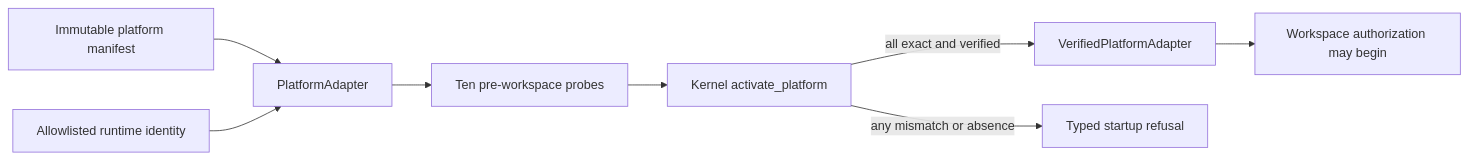
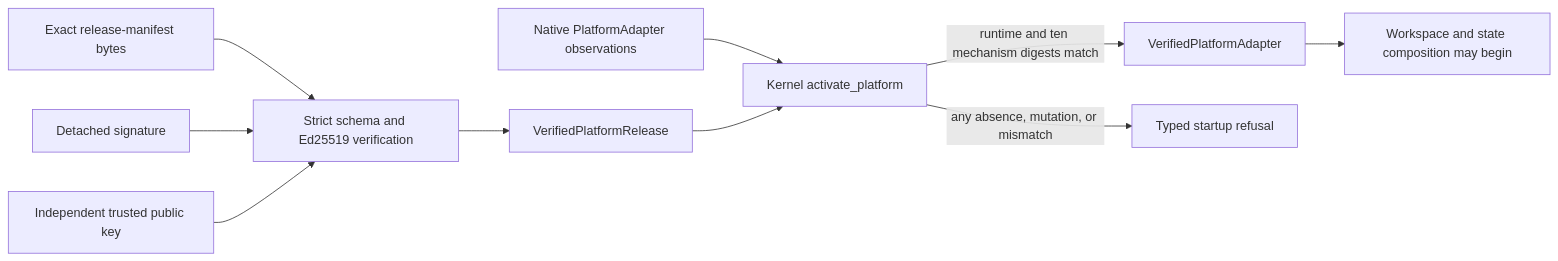
The first of 2 diagrams in docs/architecture/platform-adapter-contract.md (AaronNHorvitz/AgentMage), drawn with Mermaid before and after one commit. The commit also changed other lines of this file and 34 other files, not shown here.

````diff
--- a/docs/architecture/platform-adapter-contract.md
+++ b/docs/architecture/platform-adapter-contract.md
@@ -22,10 +21,12 @@
 ```mermaid
 flowchart LR
-    M["Immutable platform manifest"] --> A["PlatformAdapter"]
-    E["Allowlisted runtime identity"] --> A
-    A --> P["Ten pre-workspace probes"]
-    P --> K["Kernel activate_platform"]
-    K -->|"all exact and verified"| V["VerifiedPlatformAdapter"]
-    K -->|"any mismatch or absence"| D["Typed startup refusal"]
-    V --> W["Workspace authorization may begin"]
+    MB["Exact release-manifest bytes"] --> RV["Strict schema and Ed25519 verification"]
+    SG["Detached signature"] --> RV
+    VK["Independent trusted public key"] --> RV
+    RV --> VR["VerifiedPlatformRelease"]
+    NA["Native PlatformAdapter observations"] --> AC["Kernel activate_platform"]
+    VR --> AC
+    AC -->|"runtime and ten mechanism digests match"| VA["VerifiedPlatformAdapter"]
+    AC -->|"any absence, mutation, or mismatch"| RF["Typed startup refusal"]
+    VA --> WA["Workspace and state composition may begin"]
 ```
````
